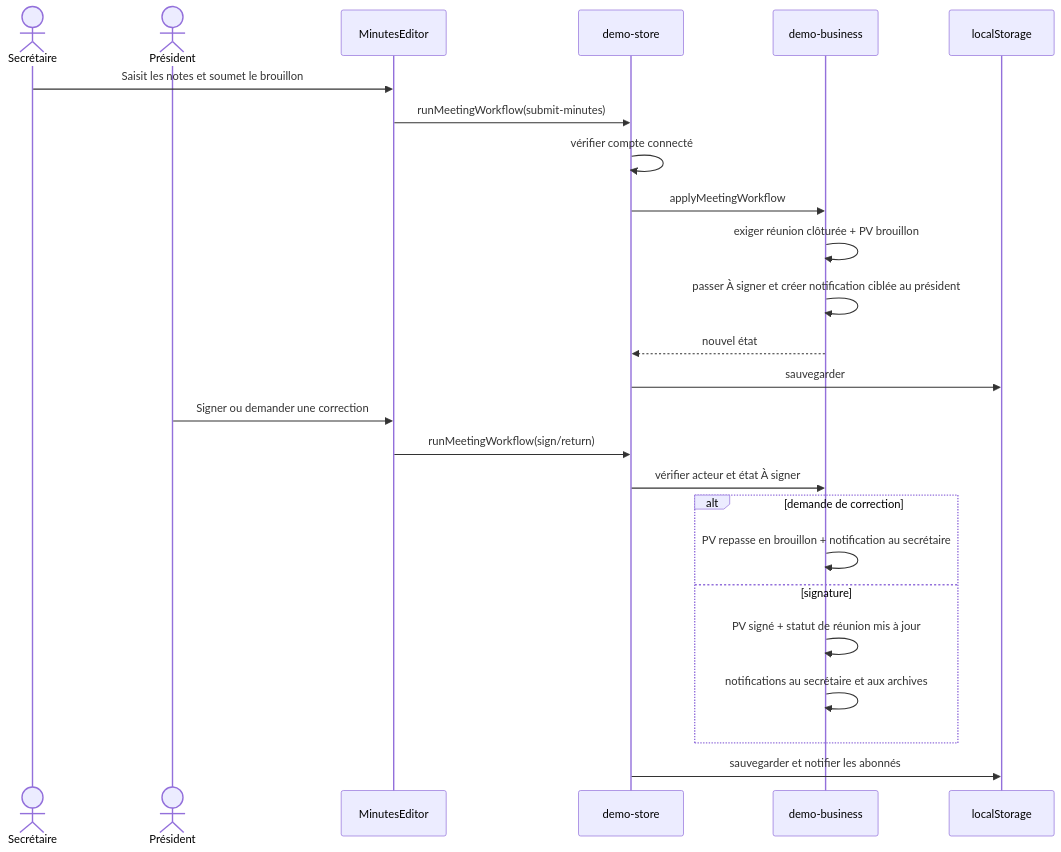
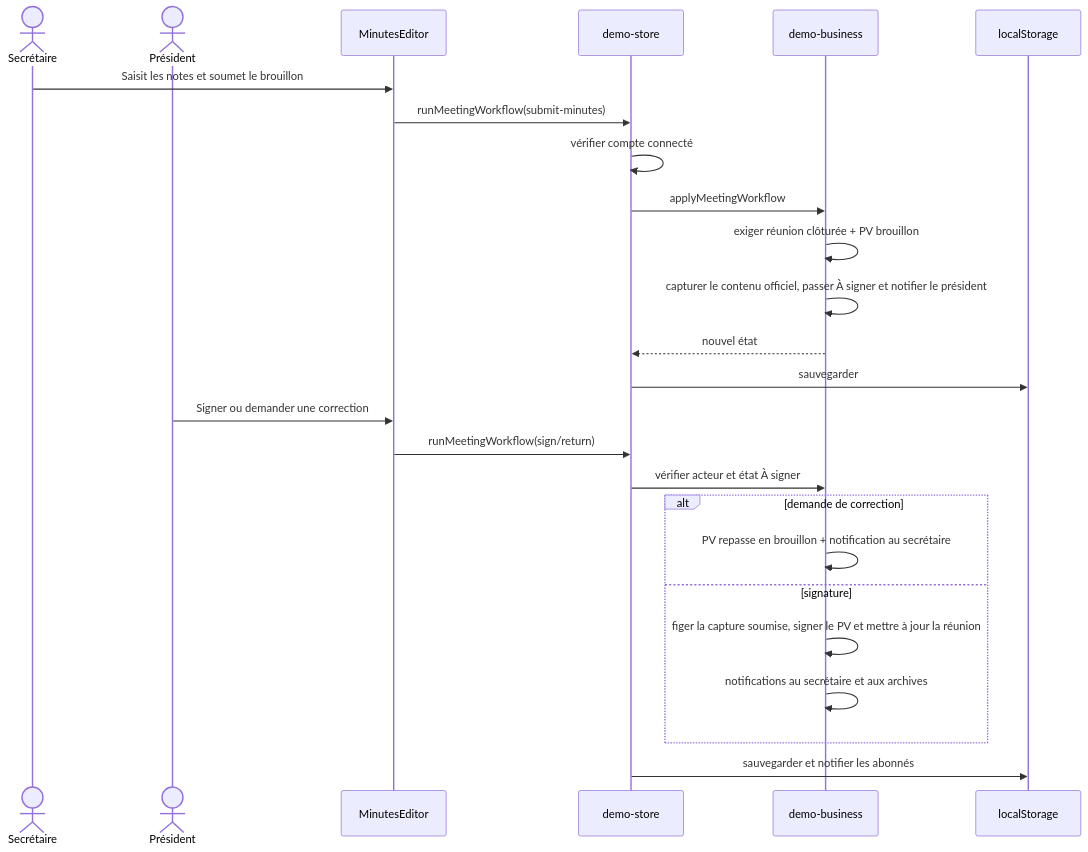
One commit to nassimbelaid-dev/devrangers-projet-devops changed the sixth of 8 diagrams in docs/ARCHITECTURE.md. Above: the diagram before and after it, drawn with Mermaid. The commit also changed other lines of this file and 8 other files, not shown here.

````diff
--- a/docs/ARCHITECTURE.md
+++ b/docs/ARCHITECTURE.md
@@ -463,27 +463,27 @@
 ```mermaid
 sequenceDiagram
   actor S as Secrétaire
   actor P as Président
   participant UI as MinutesEditor
   participant Store as demo-store
   participant Biz as demo-business
   participant LS as localStorage
   S->>UI: Saisit les notes et soumet le brouillon
   UI->>Store: runMeetingWorkflow(submit-minutes)
   Store->>Store: vérifier compte connecté
   Store->>Biz: applyMeetingWorkflow
   Biz->>Biz: exiger réunion clôturée + PV brouillon
-  Biz->>Biz: passer À signer et créer notification ciblée au président
+  Biz->>Biz: capturer le contenu officiel, passer À signer et notifier le président
   Biz-->>Store: nouvel état
   Store->>LS: sauvegarder
   P->>UI: Signer ou demander une correction
   UI->>Store: runMeetingWorkflow(sign/return)
   Store->>Biz: vérifier acteur et état À signer
   alt demande de correction
     Biz->>Biz: PV repasse en brouillon + notification au secrétaire
   else signature
-    Biz->>Biz: PV signé + statut de réunion mis à jour
+    Biz->>Biz: figer la capture soumise, signer le PV et mettre à jour la réunion
     Biz->>Biz: notifications au secrétaire et aux archives
   end
   Store->>LS: sauvegarder et notifier les abonnés
 ```
````
